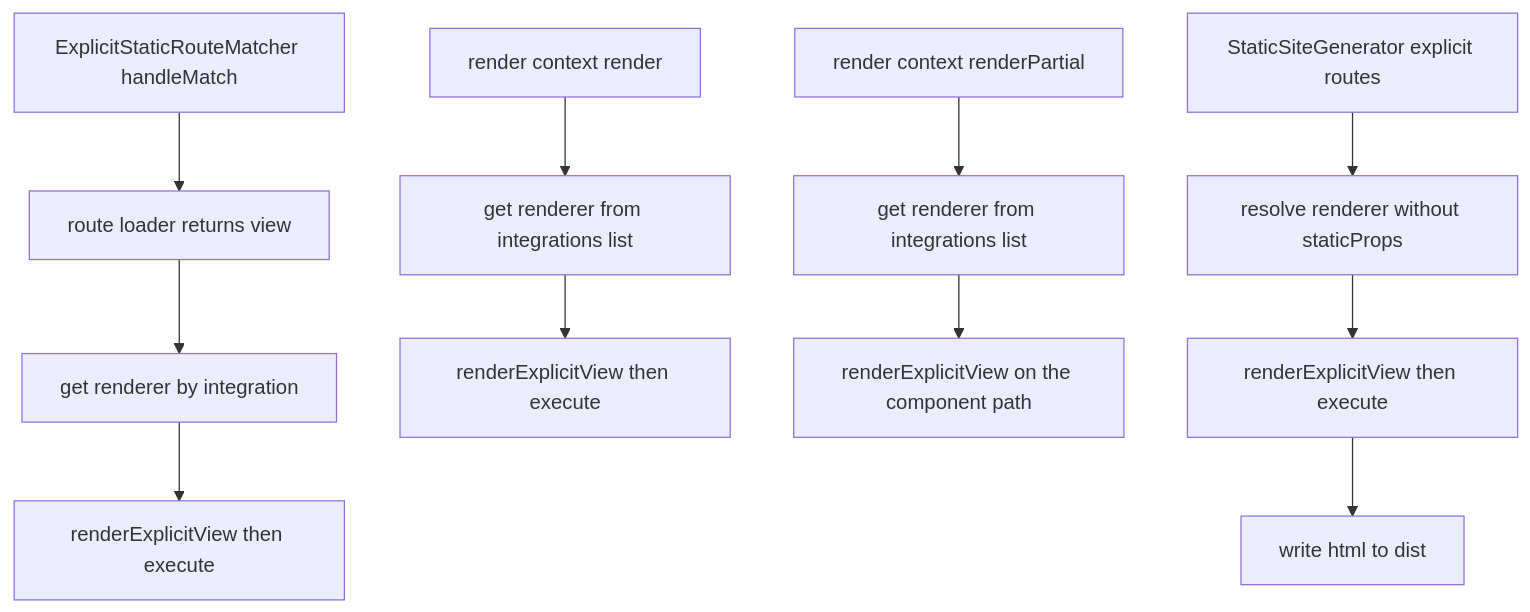
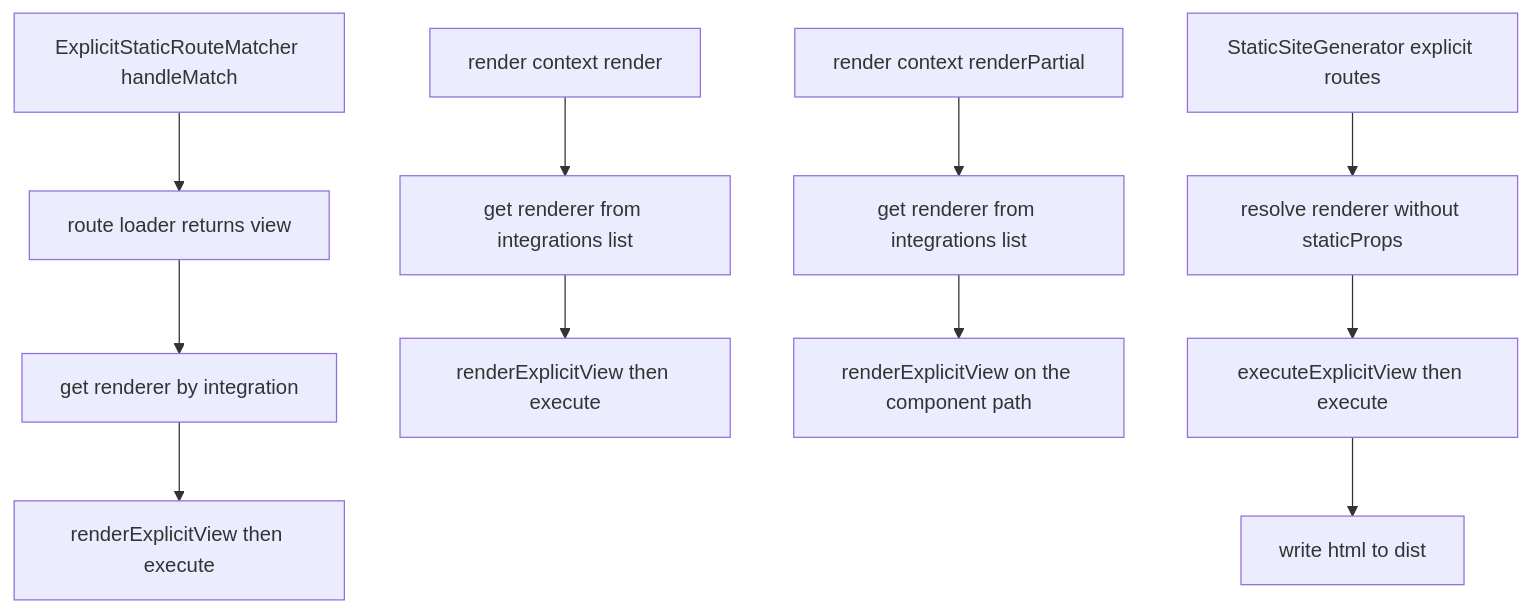
The fifth of 5 diagrams in packages/core/src/route-renderer/GRAPH.md (ecopages/ecopages), drawn with Mermaid before and after one commit. The commit also changed other lines of this file and 2 other files, not shown here.

````diff
--- a/packages/core/src/route-renderer/GRAPH.md
+++ b/packages/core/src/route-renderer/GRAPH.md
@@ -100,15 +100,15 @@
 ```mermaid
 flowchart TD
   A[ExplicitStaticRouteMatcher handleMatch] --> B[route loader returns view]
   B --> C[get renderer by integration]
   C --> D[renderExplicitView then execute]
 
   E[render context render] --> F[get renderer from integrations list]
   F --> G[renderExplicitView then execute]
   P[render context renderPartial] --> F2[get renderer from integrations list]
   F2 --> G2[renderExplicitView on the component path]
 
   H[StaticSiteGenerator explicit routes] --> I[resolve renderer without staticProps]
-  I --> J[renderExplicitView then execute]
+  I --> J[executeExplicitView then execute]
   J --> K[write html to dist]
 ```
````
